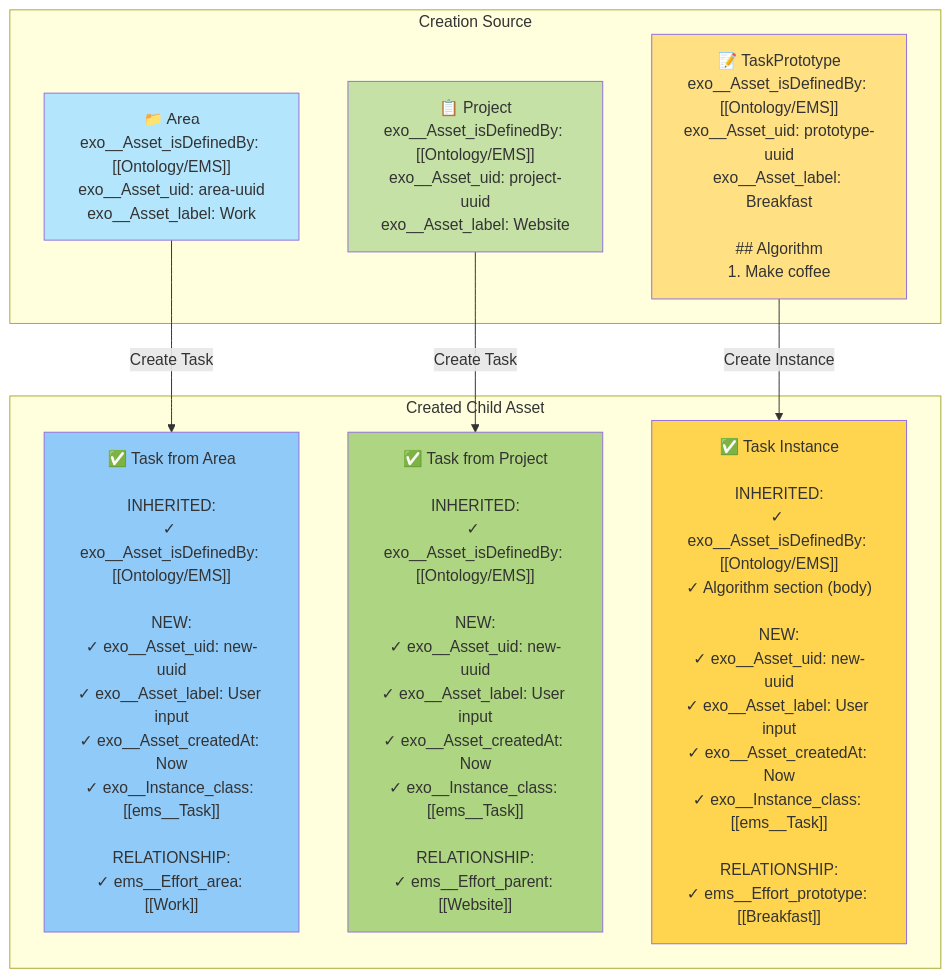
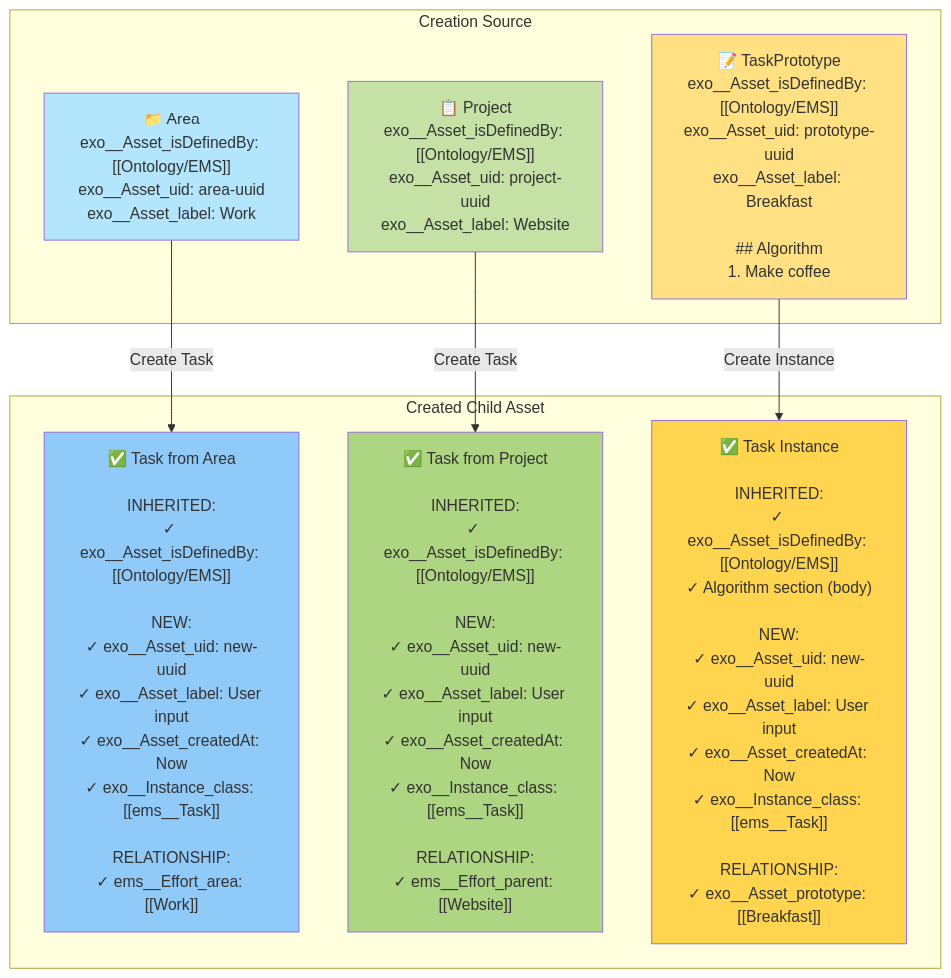
The diagram in docs/diagrams/property-inheritance.mmd (kitelev/exocortex-obsidian-plugin), drawn with Mermaid before and after one commit. The commit also changed 18 other files, not shown here.

First line of the commit message:
refactor: replace ems__Effort_prototype with exo__Asset_prototype globally

```diff
--- a/docs/diagrams/property-inheritance.mmd
+++ b/docs/diagrams/property-inheritance.mmd
@@ -1,28 +1,28 @@
 %% Property Inheritance Rules
 %% How properties flow from parent to child assets
 
 graph TD
     subgraph Creation Source
         Area["📁 Area<br/>exo__Asset_isDefinedBy: [[Ontology/EMS]]<br/>exo__Asset_uid: area-uuid<br/>exo__Asset_label: Work"]
         Project["📋 Project<br/>exo__Asset_isDefinedBy: [[Ontology/EMS]]<br/>exo__Asset_uid: project-uuid<br/>exo__Asset_label: Website"]
         Prototype["📝 TaskPrototype<br/>exo__Asset_isDefinedBy: [[Ontology/EMS]]<br/>exo__Asset_uid: prototype-uuid<br/>exo__Asset_label: Breakfast<br/><br/>## Algorithm<br/>1. Make coffee"]
     end
 
     subgraph Created Child Asset
         TaskFromArea["✅ Task from Area<br/><br/>INHERITED:<br/>✓ exo__Asset_isDefinedBy: [[Ontology/EMS]]<br/><br/>NEW:<br/>✓ exo__Asset_uid: new-uuid<br/>✓ exo__Asset_label: User input<br/>✓ exo__Asset_createdAt: Now<br/>✓ exo__Instance_class: [[ems__Task]]<br/><br/>RELATIONSHIP:<br/>✓ ems__Effort_area: [[Work]]"]
 
         TaskFromProject["✅ Task from Project<br/><br/>INHERITED:<br/>✓ exo__Asset_isDefinedBy: [[Ontology/EMS]]<br/><br/>NEW:<br/>✓ exo__Asset_uid: new-uuid<br/>✓ exo__Asset_label: User input<br/>✓ exo__Asset_createdAt: Now<br/>✓ exo__Instance_class: [[ems__Task]]<br/><br/>RELATIONSHIP:<br/>✓ ems__Effort_parent: [[Website]]"]
 
-        Instance["✅ Task Instance<br/><br/>INHERITED:<br/>✓ exo__Asset_isDefinedBy: [[Ontology/EMS]]<br/>✓ Algorithm section (body)<br/><br/>NEW:<br/>✓ exo__Asset_uid: new-uuid<br/>✓ exo__Asset_label: User input<br/>✓ exo__Asset_createdAt: Now<br/>✓ exo__Instance_class: [[ems__Task]]<br/><br/>RELATIONSHIP:<br/>✓ ems__Effort_prototype: [[Breakfast]]"]
+        Instance["✅ Task Instance<br/><br/>INHERITED:<br/>✓ exo__Asset_isDefinedBy: [[Ontology/EMS]]<br/>✓ Algorithm section (body)<br/><br/>NEW:<br/>✓ exo__Asset_uid: new-uuid<br/>✓ exo__Asset_label: User input<br/>✓ exo__Asset_createdAt: Now<br/>✓ exo__Instance_class: [[ems__Task]]<br/><br/>RELATIONSHIP:<br/>✓ exo__Asset_prototype: [[Breakfast]]"]
     end
 
     Area -->|Create Task| TaskFromArea
     Project -->|Create Task| TaskFromProject
     Prototype -->|Create Instance| Instance
 
     style Area fill:#B3E5FC
     style Project fill:#C5E1A5
     style Prototype fill:#FFE082
     style TaskFromArea fill:#90CAF9
     style TaskFromProject fill:#AED581
     style Instance fill:#FFD54F
```
